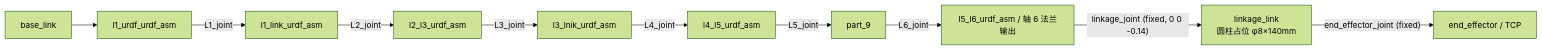
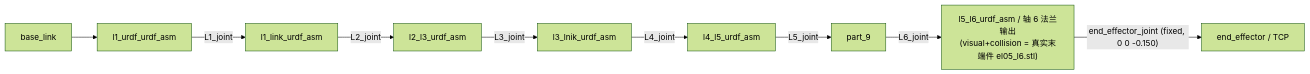
The diagram in src/a3_description_6j/README.md (deep-diary/a3_arm_ws), drawn with Mermaid (forest theme) before and after one commit. The commit also changed other lines of this file and 14 other files, not shown here.

````diff
--- a/src/a3_description_6j/README.md
+++ b/src/a3_description_6j/README.md
@@ -10,9 +10,8 @@
 ```mermaid
 graph LR
   base_link --> l1[l1_urdf_urdf_asm] -->|L1_joint| l1b[l1_link_urdf_asm]
   l1b -->|L2_joint| l2[l2_l3_urdf_asm] -->|L3_joint| l3[l3_lnik_urdf_asm]
   l3 -->|L4_joint| l4[l4_l5_urdf_asm] -->|L5_joint| p9[part_9]
-  p9 -->|L6_joint| l5l6[l5_l6_urdf_asm / 轴 6 法兰输出]
-  l5l6 -->|"linkage_joint (fixed, 0 0 -0.14)"| lk[linkage_link<br/>圆柱占位 φ8×140mm]
-  lk -->|"end_effector_joint (fixed)"| tcp[end_effector / TCP]
+  p9 -->|L6_joint| l5l6["l5_l6_urdf_asm / 轴 6 法兰输出<br/>(visual+collision = 真实末端件 el05_l6.stl)"]
+  l5l6 -->|"end_effector_joint (fixed, 0 0 -0.150)"| tcp[end_effector / TCP]
 ```
````
